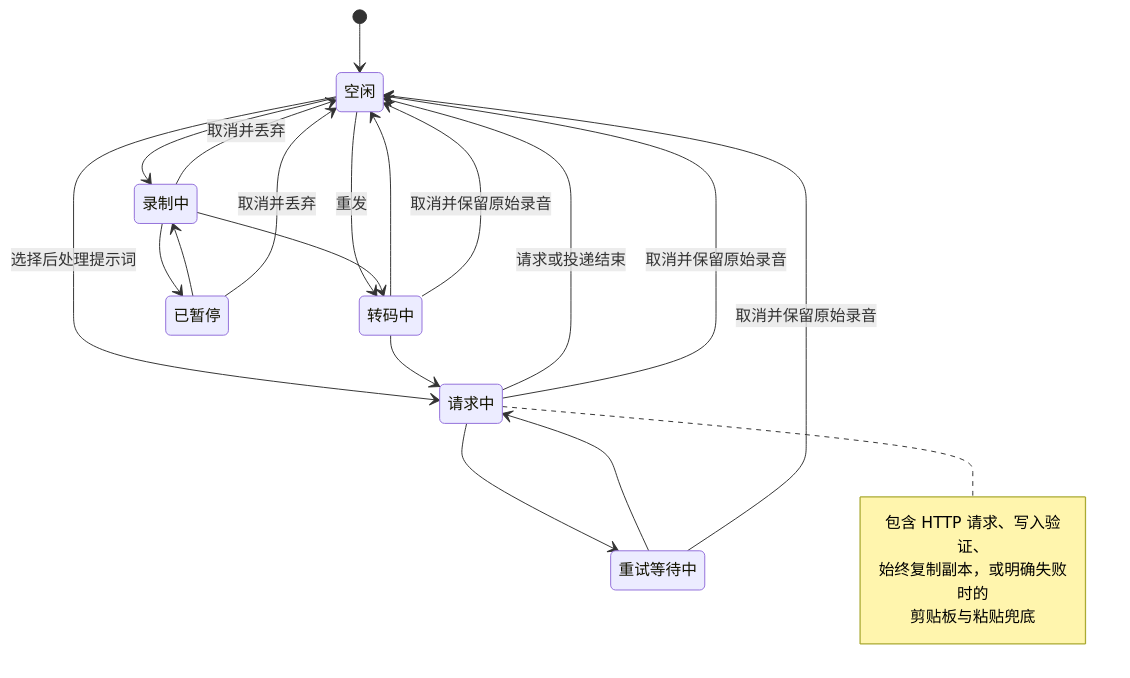
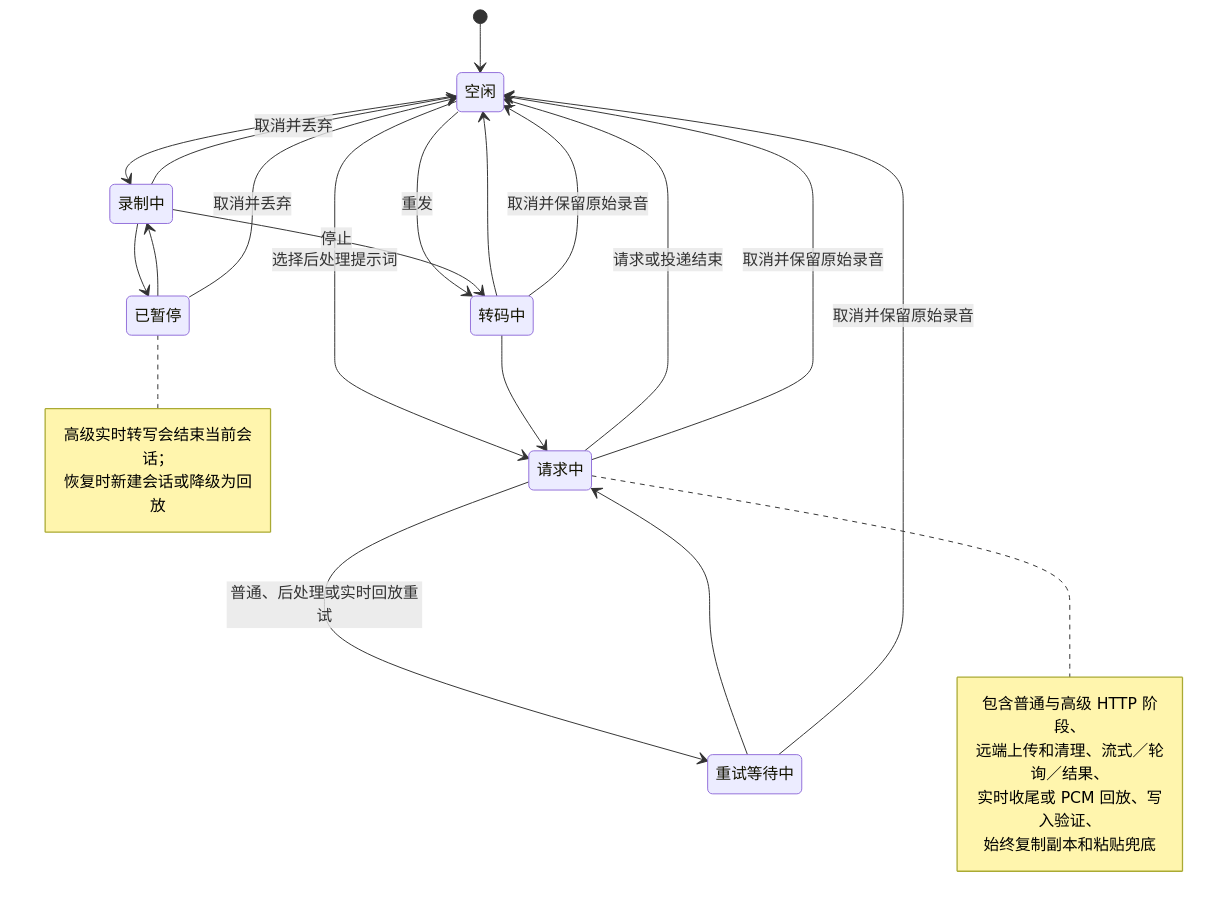
One commit to Joey-Kot/Dictate changed the third of 3 diagrams in README_ZH.md. Above: the diagram before and after it, drawn with Mermaid. The commit also changed other lines of this file and 103 other files, not shown here.

````diff
--- a/README_ZH.md
+++ b/README_ZH.md
@@ -161,25 +196,30 @@
 ```mermaid
 stateDiagram-v2
   [*] --> 空闲
   空闲 --> 录制中
   空闲 --> 转码中: 重发
   空闲 --> 请求中: 选择后处理提示词
   录制中 --> 已暂停
   已暂停 --> 录制中
-  录制中 --> 转码中
+  录制中 --> 转码中: 停止
   转码中 --> 请求中
-  请求中 --> 重试等待中
+  请求中 --> 重试等待中: 普通、后处理或实时回放重试
   重试等待中 --> 请求中
   请求中 --> 空闲: 请求或投递结束
   转码中 --> 空闲
   录制中 --> 空闲: 取消并丢弃
   已暂停 --> 空闲: 取消并丢弃
   转码中 --> 空闲: 取消并保留原始录音
   请求中 --> 空闲: 取消并保留原始录音
   重试等待中 --> 空闲: 取消并保留原始录音
   note right of 请求中
-    包含 HTTP 请求、写入验证、
-    始终复制副本，或明确失败时的
-    剪贴板与粘贴兜底
+    包含普通与高级 HTTP 阶段、
+    远端上传和清理、流式／轮询／结果、
+    实时收尾或 PCM 回放、写入验证、
+    始终复制副本和粘贴兜底
+  end note
+  note right of 已暂停
+    高级实时转写会结束当前会话；
+    恢复时新建会话或降级为回放
   end note
 ```
````
